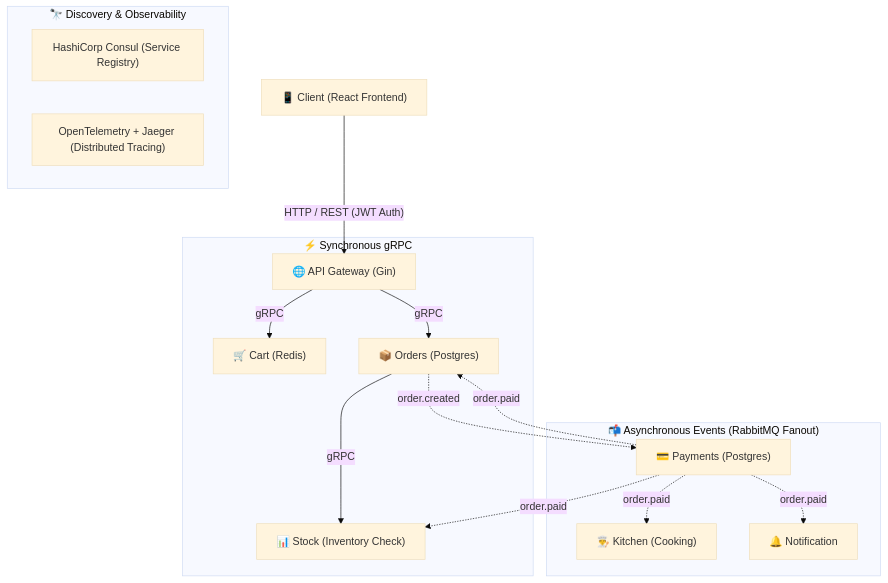
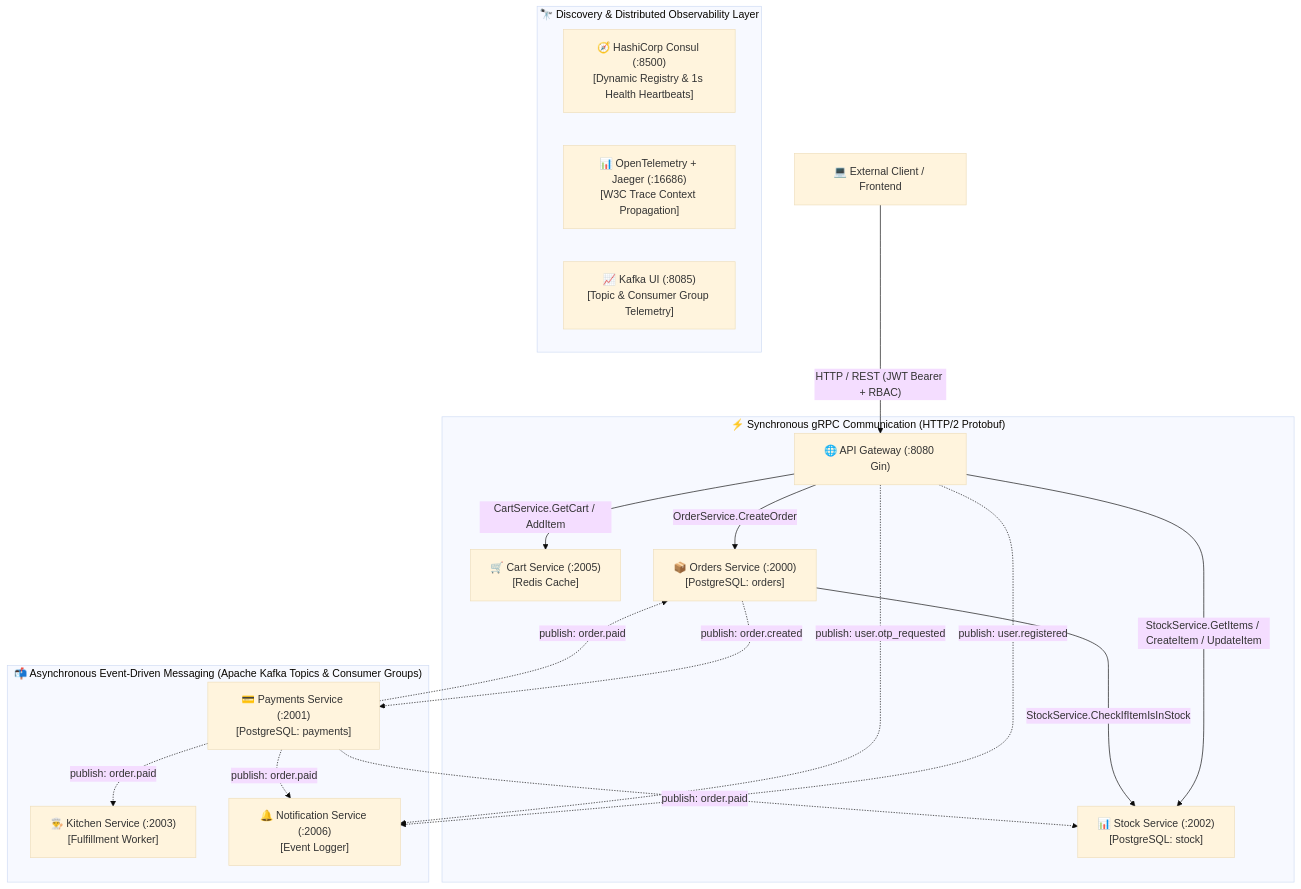
The first of 2 diagrams in README.md (jaydeepjr28/Order-Management-service---go-Microservices), drawn with Mermaid (base theme) before and after one commit. The commit also changed other lines of this file and 143 other files, not shown here.

Commit message:
feat(stratum): migrate to Kafka, add React frontend, Google OAuth 2.0 & Gmail SMTP

````diff
--- a/README.md
+++ b/README.md
@@ -30,23 +51,27 @@
 ```mermaid
 flowchart TD
-    Client["📱 Client (React Frontend)"] -- "HTTP / REST (JWT Auth)" --> Gateway["🌐 API Gateway (Gin)"]
+    Client["💻 External Client / Frontend"] -- "HTTP / REST (JWT Bearer + RBAC)" --> Gateway["🌐 API Gateway (:8080 Gin)"]
 
-    subgraph Sync ["⚡ Synchronous gRPC"]
-        Gateway -->|gRPC| Cart["🛒 Cart (Redis)"]
-        Gateway -->|gRPC| Orders["📦 Orders (Postgres)"]
-        Orders -->|gRPC| Stock["📊 Stock (Inventory Check)"]
+    subgraph SyncGRPC ["⚡ Synchronous gRPC Communication (HTTP/2 Protobuf)"]
+        Gateway -->|"CartService.GetCart / AddItem"| Cart["🛒 Cart Service (:2005)\n[Redis Cache]"]
+        Gateway -->|"OrderService.CreateOrder"| Orders["📦 Orders Service (:2000)\n[PostgreSQL: orders]"]
+        Gateway -->|"StockService.GetItems / CreateItem / UpdateItem"| Stock["📊 Stock Service (:2002)\n[PostgreSQL: stock]"]
+        Orders -->|"StockService.CheckIfItemIsInStock"| Stock
     end
 
-    subgraph Async ["📬 Asynchronous Events (RabbitMQ Fanout)"]
-        Orders -.->|"order.created"| Payments["💳 Payments (Postgres)"]
-        Payments -.->|"order.paid"| Kitchen["👨‍🍳 Kitchen (Cooking)"]
-        Payments -.->|"order.paid"| Stock
-        Payments -.->|"order.paid"| Orders
-        Payments -.->|"order.paid"| Notification["🔔 Notification"]
+    subgraph AsyncBus ["📬 Asynchronous Event-Driven Messaging (Apache Kafka Topics & Consumer Groups)"]
+        Orders -.->|"publish: order.created"| Payments["💳 Payments Service (:2001)\n[PostgreSQL: payments]"]
+        Payments -.->|"publish: order.paid"| Kitchen["👨‍🍳 Kitchen Service (:2003)\n[Fulfillment Worker]"]
+        Payments -.->|"publish: order.paid"| Stock
+        Payments -.->|"publish: order.paid"| Orders
+        Payments -.->|"publish: order.paid"| Notification["🔔 Notification Service (:2006)\n[Event Logger]"]
+        Gateway -.->|"publish: user.registered"| Notification
+        Gateway -.->|"publish: user.otp_requested"| Notification
     end
 
-    subgraph Infra ["🔭 Discovery & Observability"]
-        Consul["HashiCorp Consul (Service Registry)"]
-        Jaeger["OpenTelemetry + Jaeger (Distributed Tracing)"]
+    subgraph Mesh ["🔭 Discovery & Distributed Observability Layer"]
+        Consul["🧭 HashiCorp Consul (:8500)\n[Dynamic Registry & 1s Health Heartbeats]"]
+        Jaeger["📊 OpenTelemetry + Jaeger (:16686)\n[W3C Trace Context Propagation]"]
+        KafkaUI["📈 Kafka UI (:8085)\n[Topic & Consumer Group Telemetry]"]
     end
 ```
````
